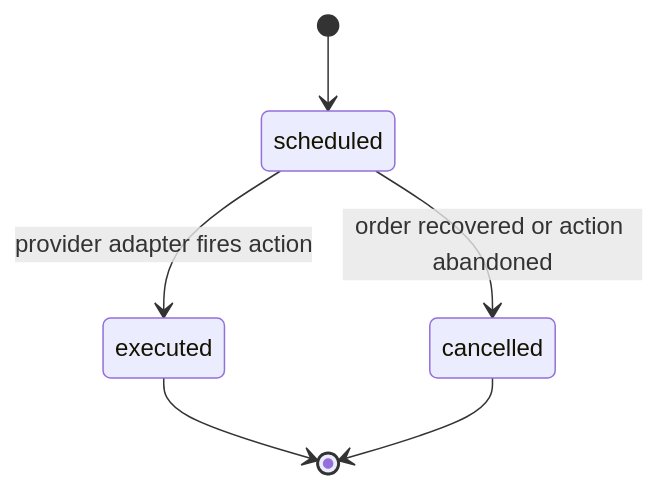
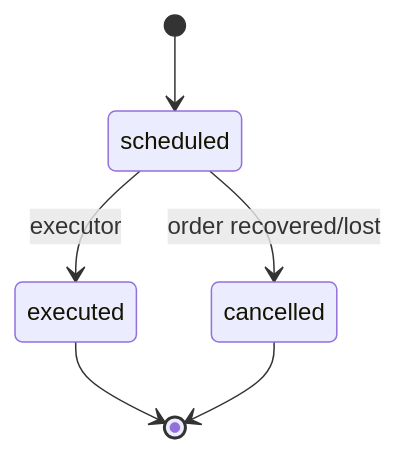
One commit to arsh342/reclaim changed the sixth of 13 diagrams in docs/reclaim-system-design.md. Above: the diagram before and after it, drawn with Mermaid. The commit also changed other lines of this file and 105 other files, not shown here.

````diff
--- a/docs/reclaim-system-design.md
+++ b/docs/reclaim-system-design.md
@@ -162,8 +279,8 @@
 ```mermaid
 stateDiagram-v2
     [*] --> scheduled
-    scheduled --> executed: provider adapter fires action
-    scheduled --> cancelled: order recovered or action abandoned
+    scheduled --> executed: executor
+    scheduled --> cancelled: order recovered/lost
     executed --> [*]
     cancelled --> [*]
 ```
````
